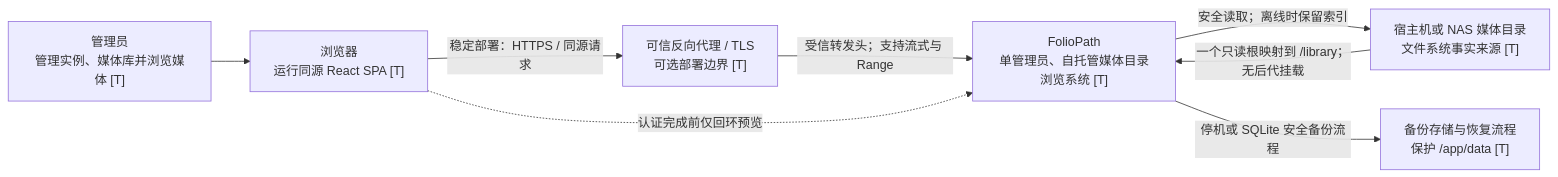
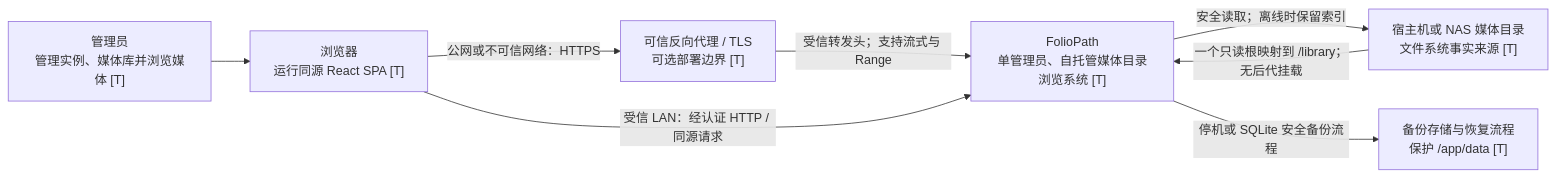
Before and after one commit to HappyQuQu/foliopath: the first of 8 diagrams in docs/architecture/system-context.md, drawn with Mermaid. The commit also changed other lines of this file and 21 other files, not shown here.

Commit message:
Support authenticated LAN HTTP deployment

````diff
--- a/docs/architecture/system-context.md
+++ b/docs/architecture/system-context.md
@@ -53,17 +53,17 @@
 ```mermaid
 flowchart LR
     admin["管理员\n管理实例、媒体库并浏览媒体 [T]"]
     browser["浏览器\n运行同源 React SPA [T]"]
     proxy["可信反向代理 / TLS\n可选部署边界 [T]"]
     foliopath["FolioPath\n单管理员、自托管媒体目录浏览系统 [T]"]
     mediaHost["宿主机或 NAS 媒体目录\n文件系统事实来源 [T]"]
     backup["备份存储与恢复流程\n保护 /app/data [T]"]
 
     admin --> browser
-    browser -->|"稳定部署：HTTPS / 同源请求"| proxy
+    browser -->|"公网或不可信网络：HTTPS"| proxy
     proxy -->|"受信转发头；支持流式与 Range"| foliopath
-    browser -.->|"认证完成前仅回环预览"| foliopath
+    browser -->|"受信 LAN：经认证 HTTP / 同源请求"| foliopath
     mediaHost -->|"一个只读根映射到 /library；无后代挂载"| foliopath
     foliopath -->|"安全读取；离线时保留索引"| mediaHost
     foliopath -->|"停机或 SQLite 安全备份流程"| backup
 ```
````
